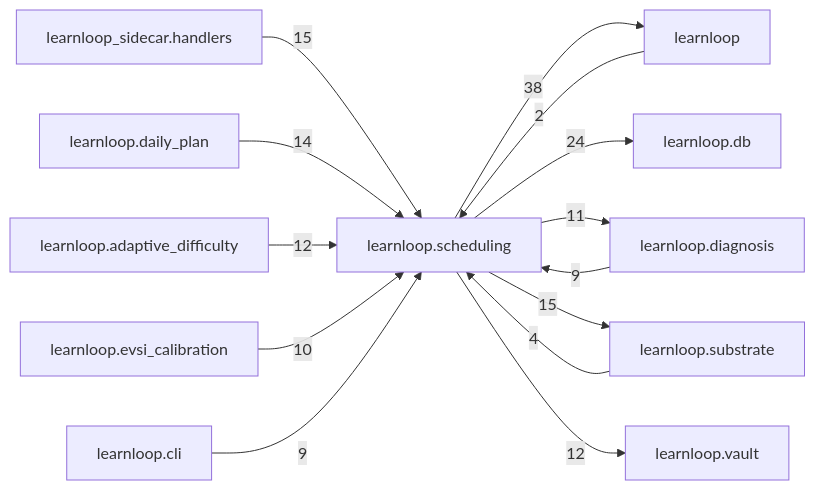
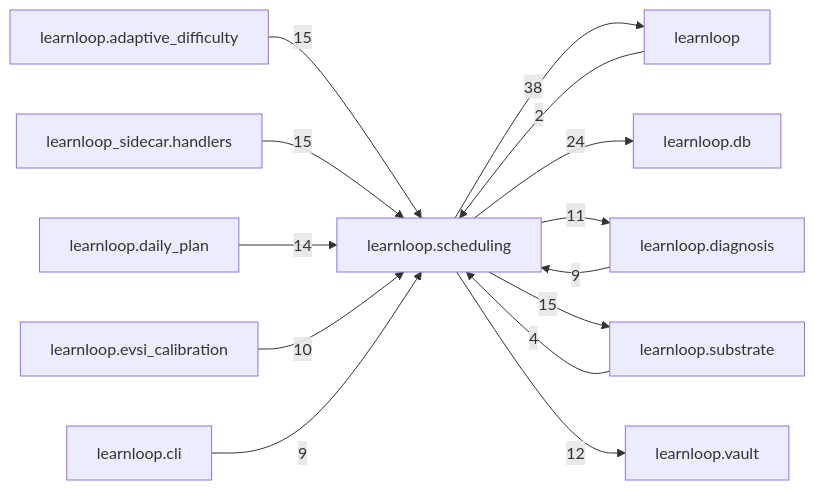
Before and after one commit to 6up-b/learnanything: the diagram in docs/learnloop-architecture-vault/Reference/Modules/learnloop/scheduling/_package.md, drawn with Mermaid. The commit also changed other lines of this file and 51 other files, not shown here.

````diff
--- a/docs/learnloop-architecture-vault/Reference/Modules/learnloop/scheduling/_package.md
+++ b/docs/learnloop-architecture-vault/Reference/Modules/learnloop/scheduling/_package.md
@@ -174,27 +174,27 @@
 ```mermaid
 flowchart LR
     center["learnloop.scheduling"]
     n_learnloop["learnloop"]
     n_learnloop_db["learnloop.db"]
     n_learnloop_diagnosis["learnloop.diagnosis"]
     n_learnloop_substrate["learnloop.substrate"]
+    n_learnloop_adaptive_difficulty["learnloop.adaptive_difficulty"]
     n_learnloop_sidecar_handlers["learnloop_sidecar.handlers"]
     n_learnloop_daily_plan["learnloop.daily_plan"]
-    n_learnloop_adaptive_difficulty["learnloop.adaptive_difficulty"]
     n_learnloop_vault["learnloop.vault"]
     n_learnloop_evsi_calibration["learnloop.evsi_calibration"]
     n_learnloop_cli["learnloop.cli"]
     n_learnloop -->|2| center
     center -->|38| n_learnloop
     center -->|24| n_learnloop_db
     n_learnloop_diagnosis -->|9| center
     center -->|11| n_learnloop_diagnosis
     n_learnloop_substrate -->|4| center
     center -->|15| n_learnloop_substrate
+    n_learnloop_adaptive_difficulty -->|15| center
     n_learnloop_sidecar_handlers -->|15| center
     n_learnloop_daily_plan -->|14| center
-    n_learnloop_adaptive_difficulty -->|12| center
     center -->|12| n_learnloop_vault
     n_learnloop_evsi_calibration -->|10| center
     n_learnloop_cli -->|9| center
 ```
````
